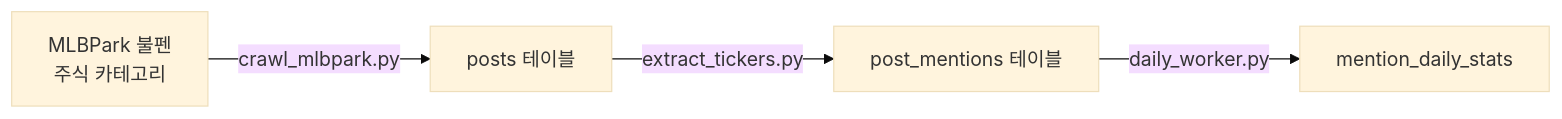
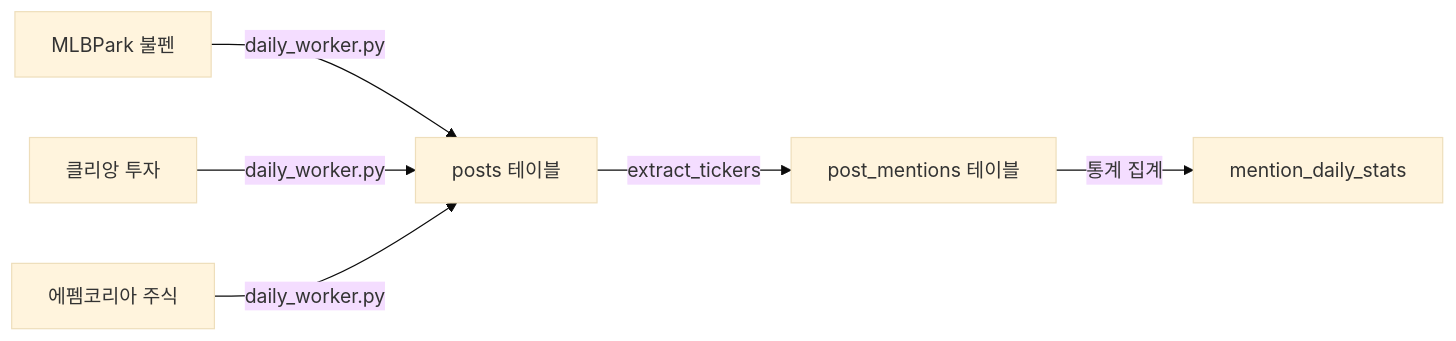
Before and after one commit to suyeongpark/human-index: the first of 3 diagrams in docs/project-structure.md, drawn with Mermaid (base theme). The commit also changed other lines of this file and 1 other file, not shown here.

````diff
--- a/docs/project-structure.md
+++ b/docs/project-structure.md
@@ -95,6 +116,8 @@
 ```mermaid
 graph LR
-    A[MLBPark 불펜<br>주식 카테고리] -->|crawl_mlbpark.py| B[posts 테이블]
-    B -->|extract_tickers.py| C[post_mentions 테이블]
-    C -->|daily_worker.py| D[mention_daily_stats]
+    A[MLBPark 불펜] -->|daily_worker.py| D[posts 테이블]
+    B[클리앙 투자] -->|daily_worker.py| D
+    C[에펨코리아 주식] -->|daily_worker.py| D
+    D -->|extract_tickers| E[post_mentions 테이블]
+    E -->|통계 집계| F[mention_daily_stats]
 ```
````
